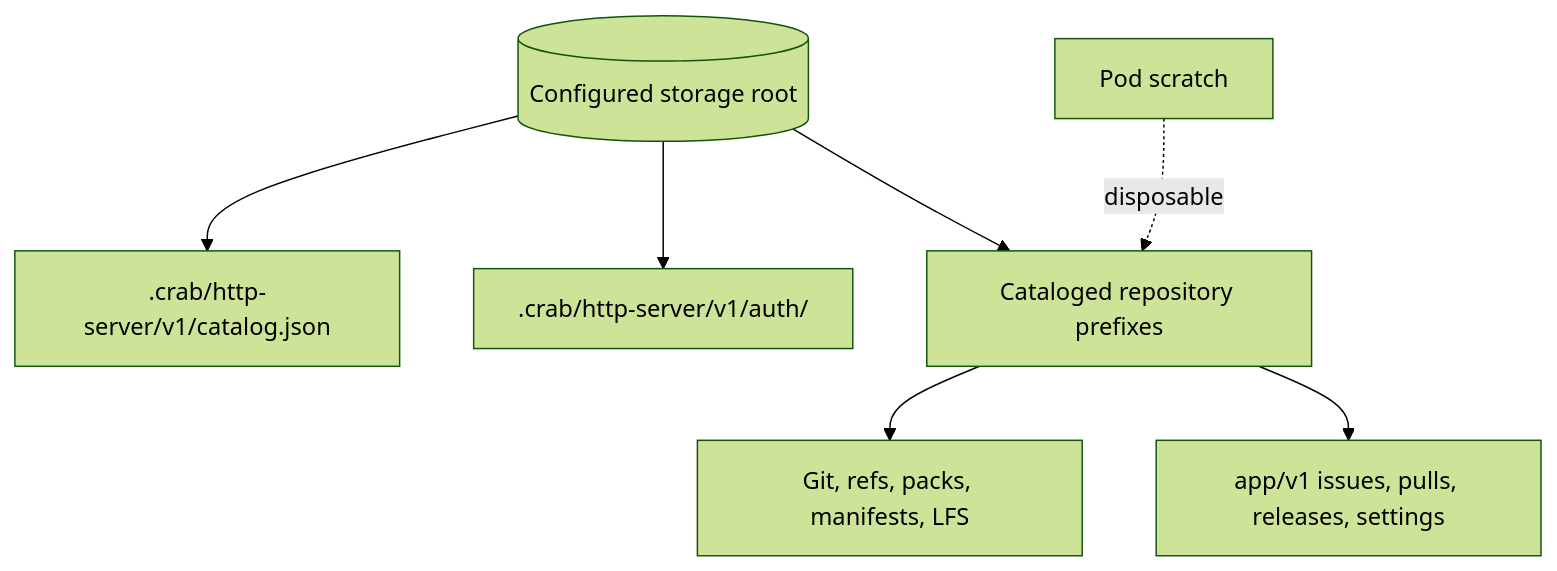
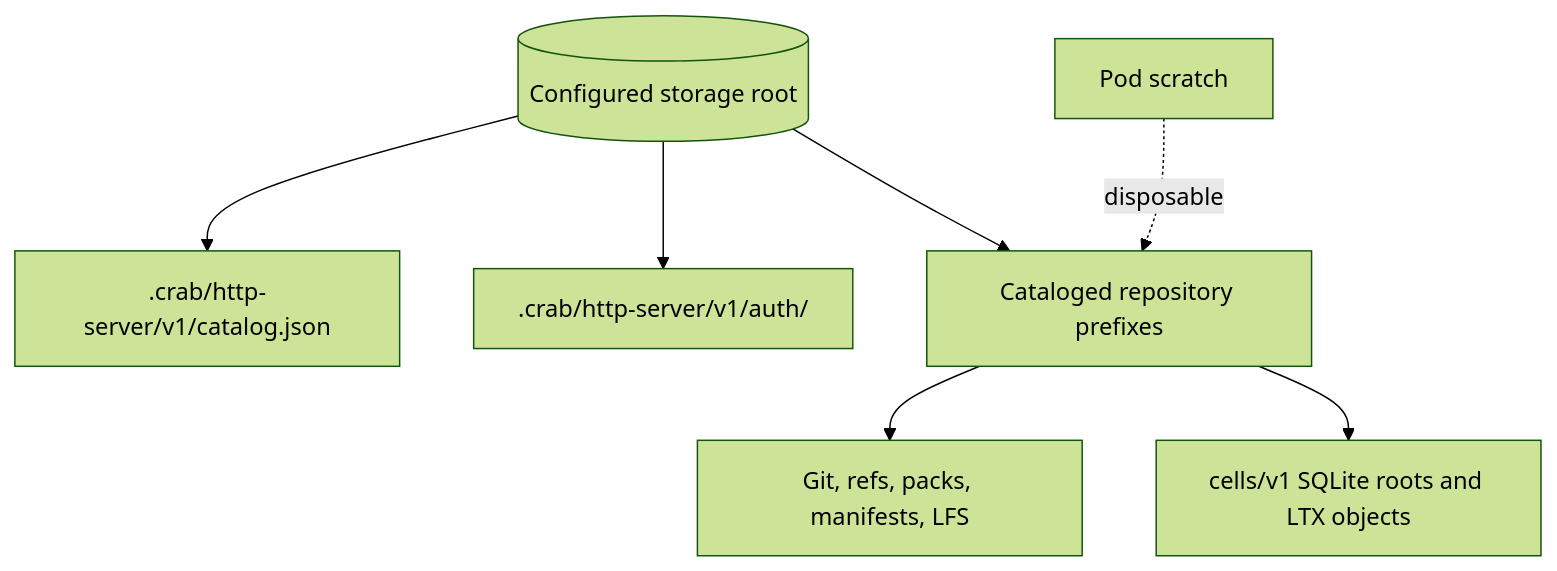
Before and after one commit to crabbuild/crab: the diagram in crates/crab-http-server/deploy/operations.md, drawn with Mermaid (forest theme). The commit also changed other lines of this file and 11 other files, not shown here.

````diff
--- a/crates/crab-http-server/deploy/operations.md
+++ b/crates/crab-http-server/deploy/operations.md
@@ -14,15 +14,15 @@
 ```mermaid
 flowchart TB
     Root[(Configured storage root)]
     Catalog[.crab/http-server/v1/catalog.json]
     Auth[.crab/http-server/v1/auth/]
     Repositories[Cataloged repository prefixes]
     Git[Git, refs, packs, manifests, LFS]
-    App[app/v1 issues, pulls, releases, settings]
+    Cells[cells/v1 SQLite roots and LTX objects]
     Root --> Catalog
     Root --> Auth
     Root --> Repositories
     Repositories --> Git
-    Repositories --> App
+    Repositories --> Cells
     Pod[Pod scratch] -. disposable .-> Repositories
 ```
````
